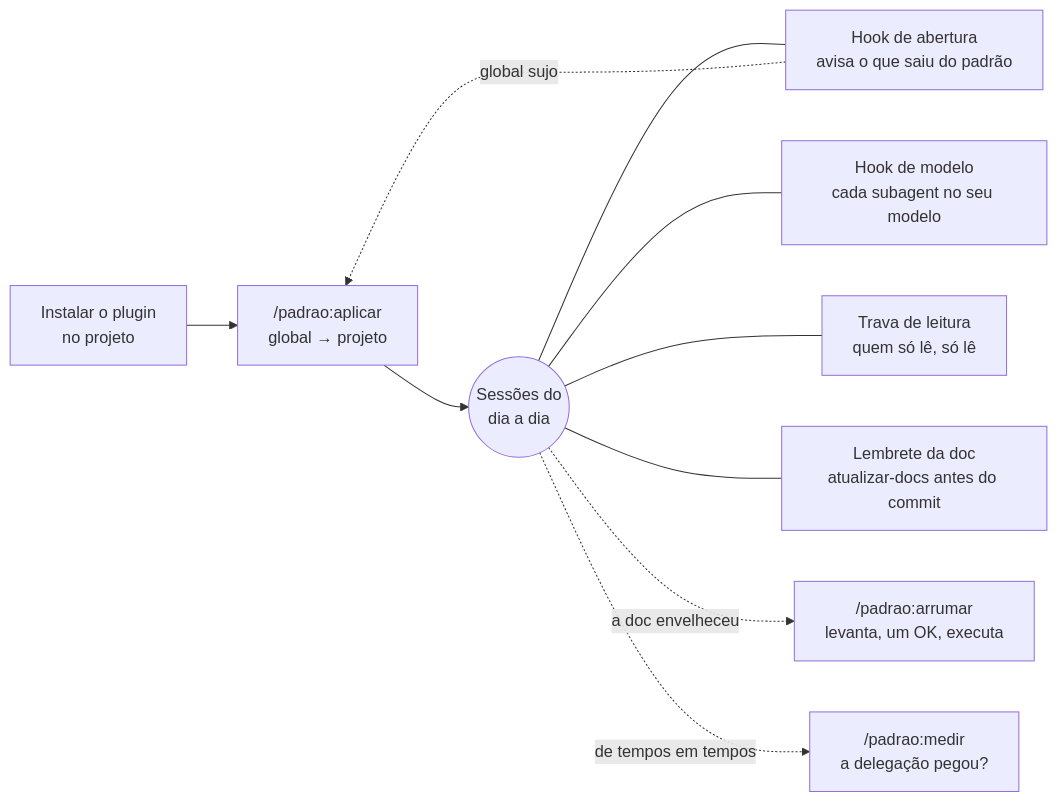
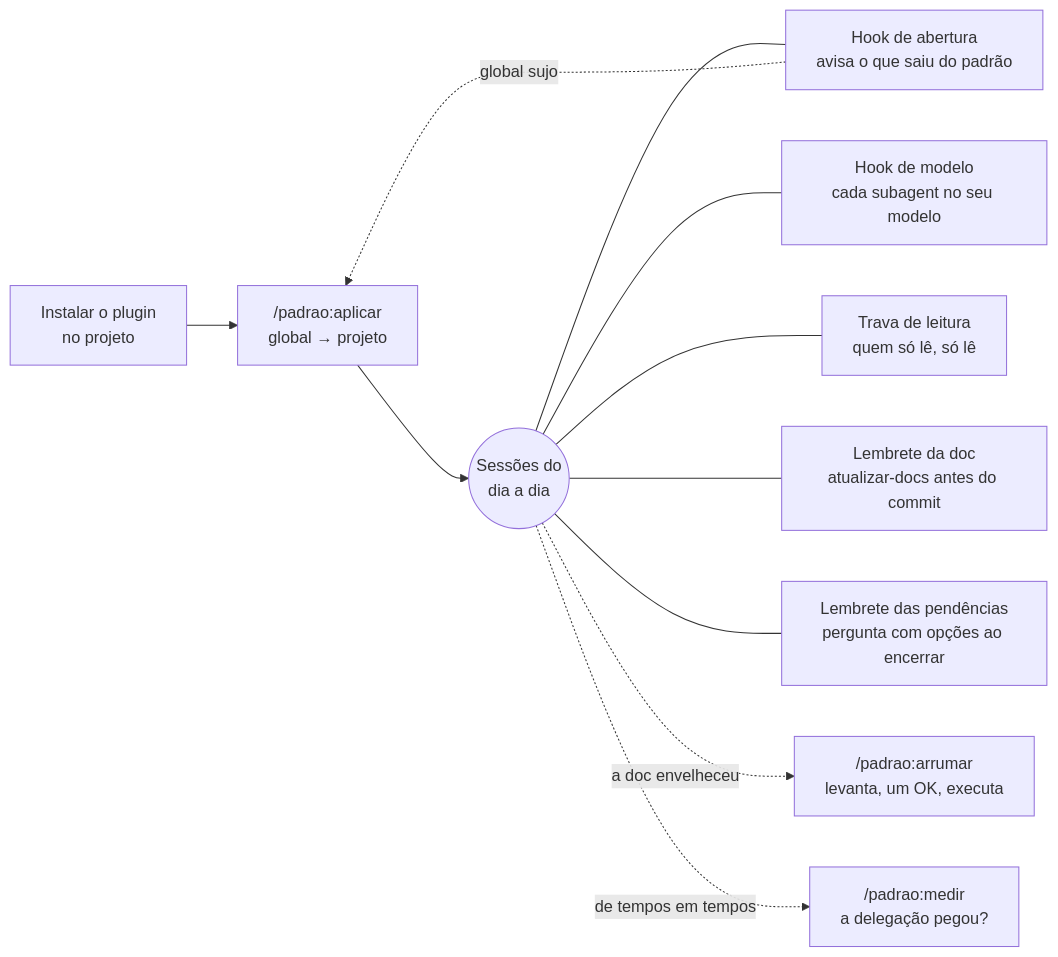
Before and after one commit to Kortek-Tecnologia/claude-padrao: the first of 5 diagrams in README.md, drawn with Mermaid. The commit also changed other lines of this file and 14 other files, not shown here.

First line of the commit message:
padrao 2.15.0: lembrete das pendências (hook Stop); arrumar repartido para a compactação

````diff
--- a/README.md
+++ b/README.md
@@ -29,12 +29,13 @@
 ```mermaid
 flowchart LR
   I["Instalar o plugin<br/>no projeto"] --> A["/padrao:aplicar<br/>global → projeto"]
   A --> S(("Sessões do<br/>dia a dia"))
   S --- H1["Hook de abertura<br/>avisa o que saiu do padrão"]
   S --- H2["Hook de modelo<br/>cada subagent no seu modelo"]
   S --- H3["Trava de leitura<br/>quem só lê, só lê"]
   S --- D["Lembrete da doc<br/>atualizar-docs antes do commit"]
+  S --- P["Lembrete das pendências<br/>pergunta com opções ao encerrar"]
   S -.->|"a doc envelheceu"| R["/padrao:arrumar<br/>levanta, um OK, executa"]
   S -.->|"de tempos em tempos"| M["/padrao:medir<br/>a delegação pegou?"]
   H1 -.->|"global sujo"| A
 ```
````
